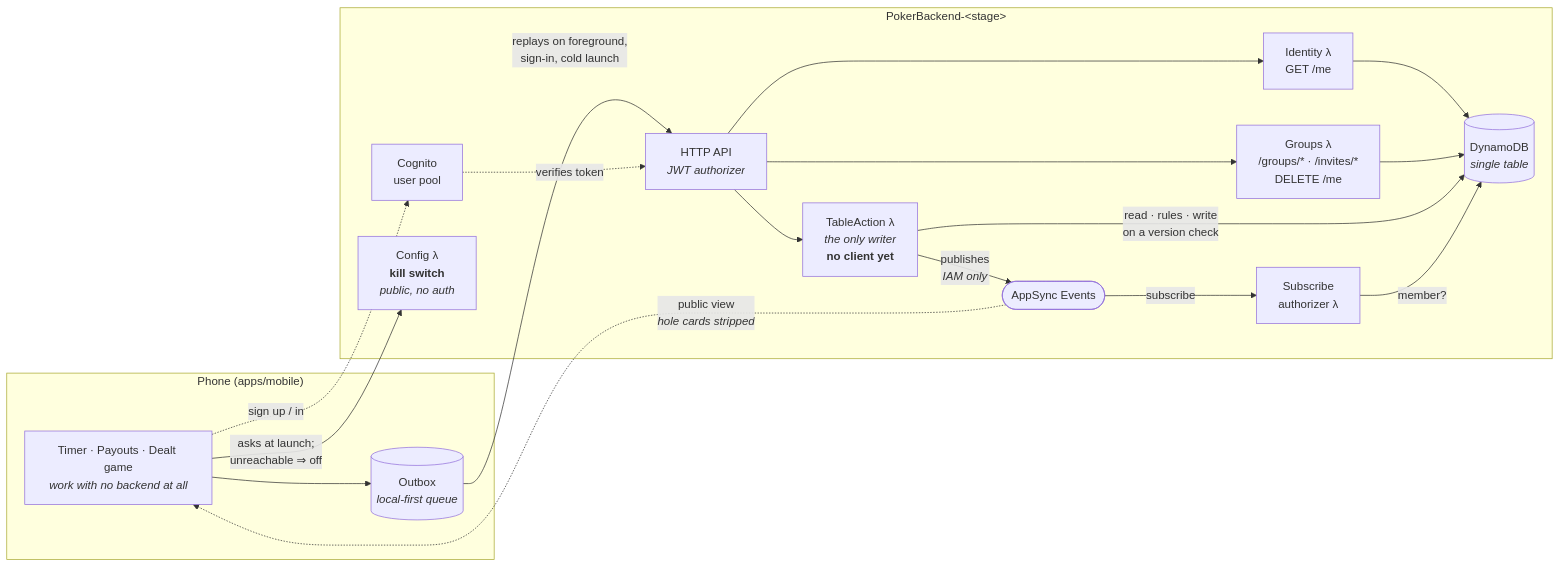
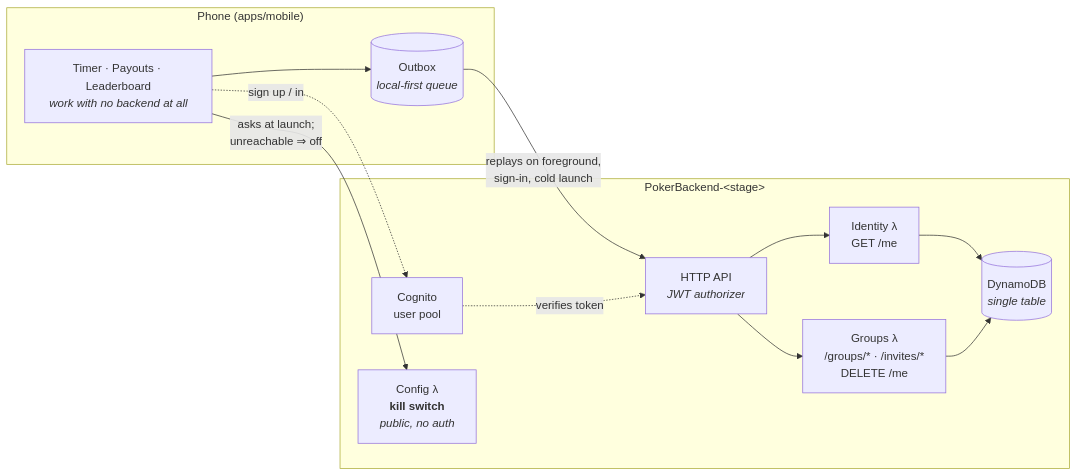
One commit to toondeboer/poker changed the first of 2 diagrams in ARCHITECTURE.md. Above: the diagram before and after it, drawn with Mermaid. The commit also changed other lines of this file and 22 other files, not shown here.

First line of the commit message:
refactor(infra): delete the table backend

````diff
--- a/ARCHITECTURE.md
+++ b/ARCHITECTURE.md
@@ -139,32 +137,24 @@
 ```mermaid
 flowchart LR
   subgraph Phone["Phone (apps/mobile)"]
-    UI["Timer · Payouts · Dealt game<br/><i>work with no backend at all</i>"]
+    UI["Timer · Payouts · Leaderboard<br/><i>work with no backend at all</i>"]
     OB[("Outbox<br/><i>local-first queue</i>")]
   end
 
   subgraph AWS["PokerBackend-&lt;stage&gt;"]
     COG["Cognito<br/>user pool"]
     API["HTTP API<br/><i>JWT authorizer</i>"]
     CFG["Config λ<br/><b>kill switch</b><br/><i>public, no auth</i>"]
     IDN["Identity λ<br/>GET /me"]
     GRP["Groups λ<br/>/groups/* · /invites/*<br/>DELETE /me"]
-    ACT["TableAction λ<br/><i>the only writer</i><br/><b>no client yet</b>"]
-    SUB["Subscribe<br/>authorizer λ"]
     DDB[("DynamoDB<br/><i>single table</i>")]
-    EV(["AppSync Events"])
   end
 
   UI --> OB
   OB -->|"replays on foreground,<br/>sign-in, cold launch"| API
   UI -->|"asks at launch;<br/>unreachable ⇒ off"| CFG
   UI -.->|"sign up / in"| COG
-  API --> IDN & GRP & ACT
+  API --> IDN & GRP
   COG -.->|"verifies token"| API
   IDN & GRP --> DDB
-  ACT -->|"read · rules · write<br/>on a version check"| DDB
-  ACT -->|"publishes<br/><i>IAM only</i>"| EV
-  EV -->|"subscribe"| SUB
-  SUB -->|"member?"| DDB
-  EV -.->|"public view<br/><i>hole cards stripped</i>"| UI
 ```
````
